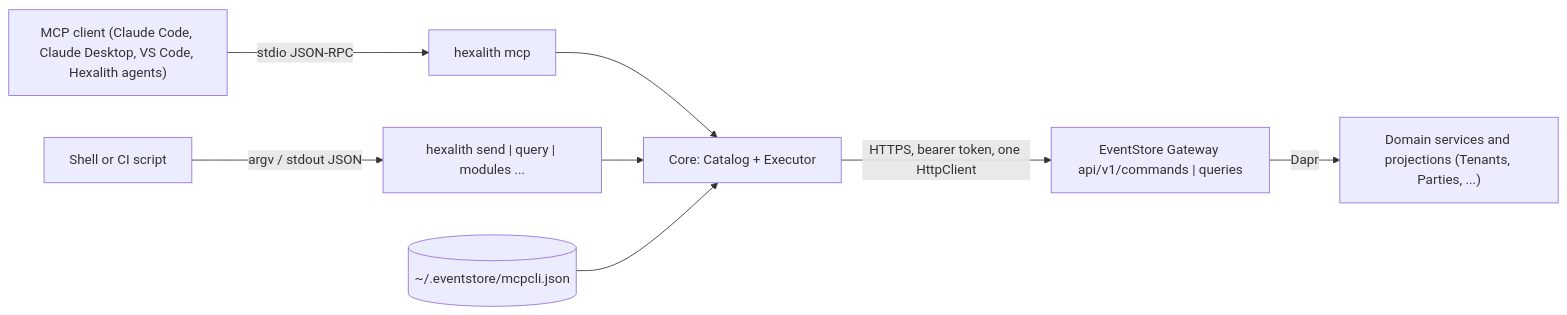
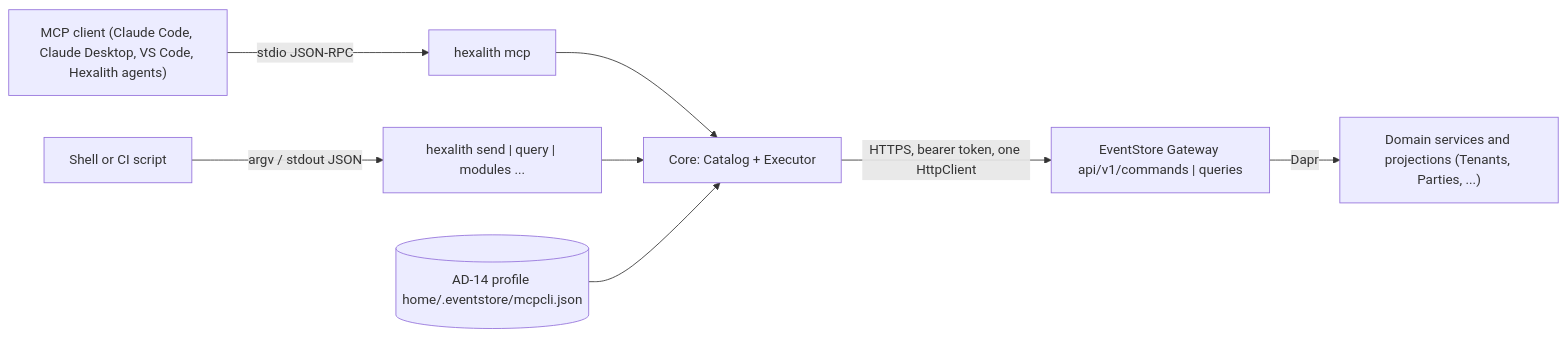
The second of 3 diagrams in _bmad-output/planning-artifacts/architecture/architecture-mcpcli-2026-09-22/ARCHITECTURE-SPINE.md (Hexalith/Hexalith.McpCli), drawn with Mermaid before and after one commit. The commit also changed other lines of this file and 12 other files, not shown here.

````diff
--- a/_bmad-output/planning-artifacts/architecture/architecture-mcpcli-2026-09-22/ARCHITECTURE-SPINE.md
+++ b/_bmad-output/planning-artifacts/architecture/architecture-mcpcli-2026-09-22/ARCHITECTURE-SPINE.md
@@ -257,10 +270,10 @@
 ```mermaid
 graph LR
   Agent["MCP client (Claude Code, Claude Desktop, VS Code, Hexalith agents)"] -- "stdio JSON-RPC" --> Tool["hexalith mcp"]
   Shell["Shell or CI script"] -- "argv / stdout JSON" --> Tool2["hexalith send | query | modules ..."]
   Tool --> Core["Core: Catalog + Executor"]
   Tool2 --> Core
   Core -- "HTTPS, bearer token, one HttpClient" --> Gateway["EventStore Gateway api/v1/commands | queries"]
   Gateway -- "Dapr" --> Domains["Domain services and projections (Tenants, Parties, ...)"]
-  Profiles[("~/.eventstore/mcpcli.json")] --> Core
+  Profiles[("AD-14 profile home/.eventstore/mcpcli.json")] --> Core
 ```
````
